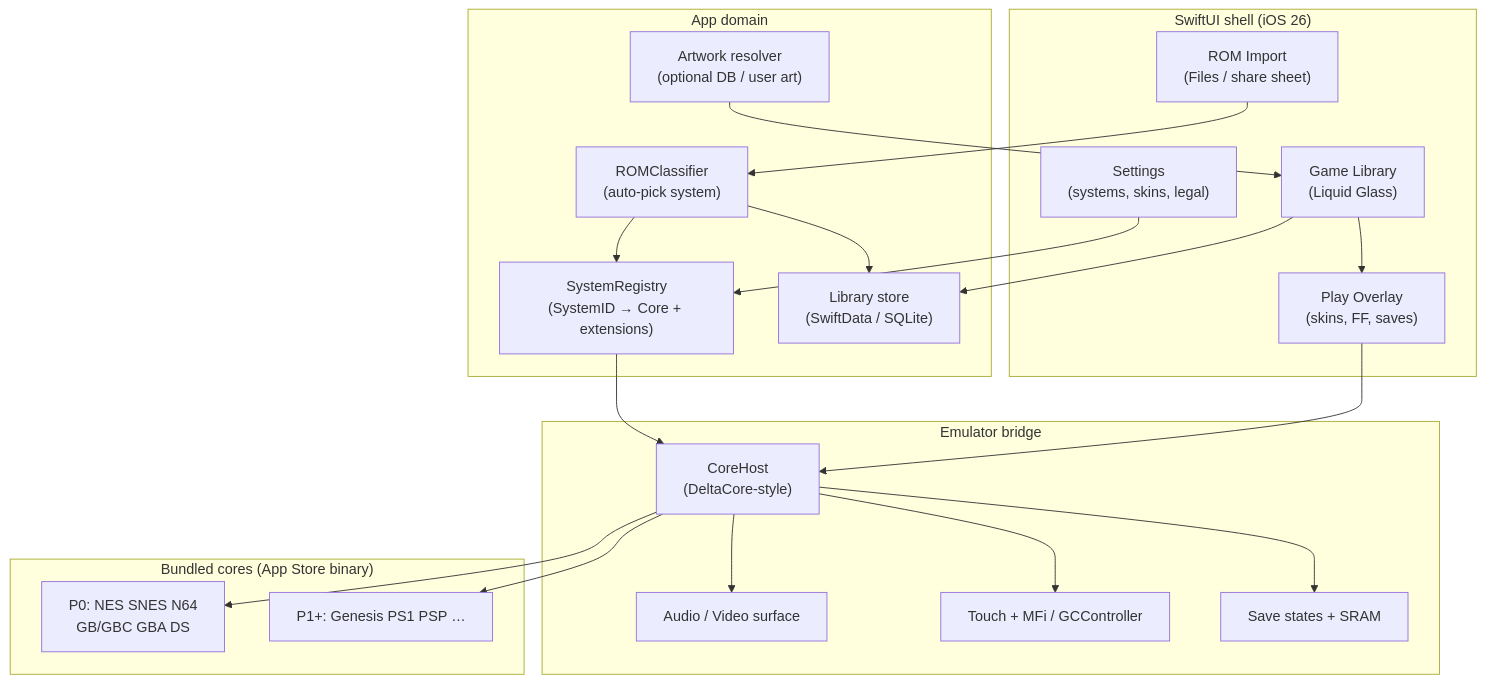
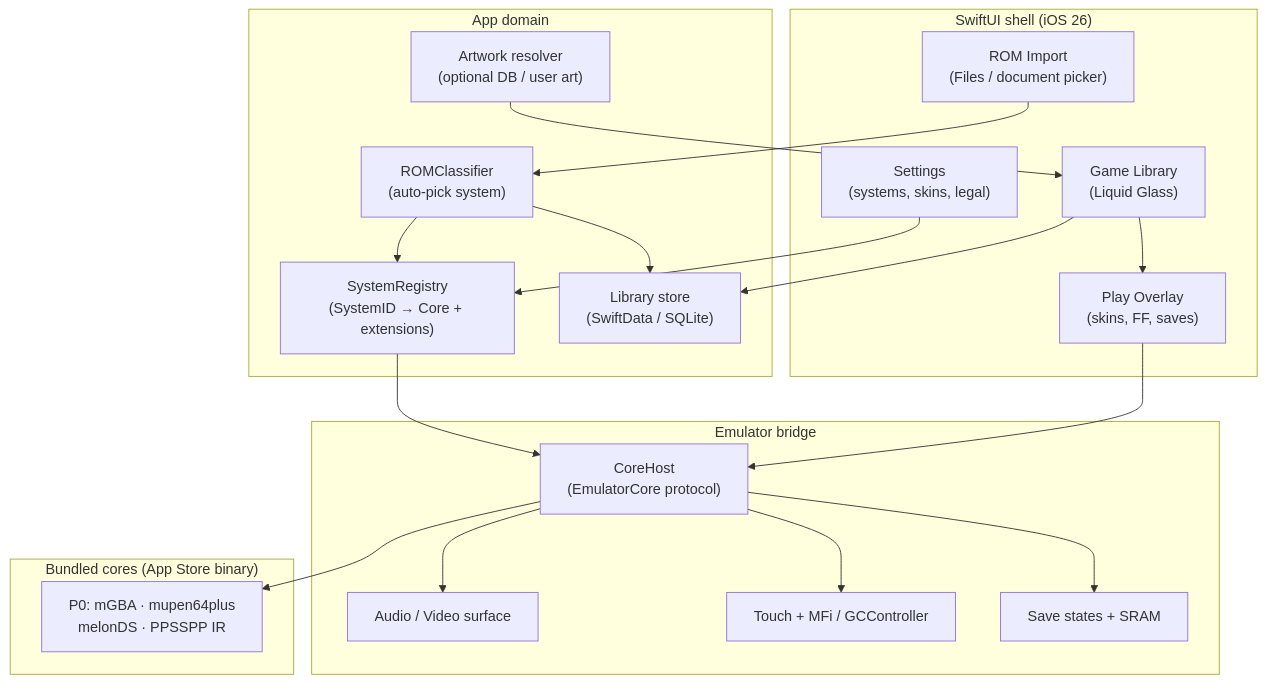
One commit to daniel-zn/retroplay changed the diagram in SPEC.md. Above: the diagram before and after it, drawn with Mermaid. The commit also changed other lines of this file and 9 other files, not shown here.

First line of the commit message:
Lock P0 to GBA/N64/NDS/PSP; add M0 Swift scaffold

````diff
--- a/SPEC.md
+++ b/SPEC.md
@@ -98,43 +94,41 @@
 ```mermaid
 flowchart TB
   subgraph UI["SwiftUI shell (iOS 26)"]
     Lib["Game Library\n(Liquid Glass)"]
-    Import["ROM Import\n(Files / share sheet)"]
+    Import["ROM Import\n(Files / document picker)"]
     PlayUI["Play Overlay\n(skins, FF, saves)"]
     Settings["Settings\n(systems, skins, legal)"]
   end
 
   subgraph Domain["App domain"]
     Registry["SystemRegistry\n(SystemID → Core + extensions)"]
     Classifier["ROMClassifier\n(auto-pick system)"]
     LibraryDB["Library store\n(SwiftData / SQLite)"]
-    Artwork["Artwork resolver\n(optional DB / user art)" ]
+    Artwork["Artwork resolver\n(optional DB / user art)"]
   end
 
   subgraph Bridge["Emulator bridge"]
-    CoreHost["CoreHost\n(DeltaCore-style)"]
+    CoreHost["CoreHost\n(EmulatorCore protocol)"]
     AV["Audio / Video surface"]
     Input["Touch + MFi / GCController"]
     Saves["Save states + SRAM"]
   end
 
   subgraph Bundled["Bundled cores (App Store binary)"]
-    P0Cores["P0: NES SNES N64\nGB/GBC GBA DS"]
-    P1Cores["P1+: Genesis PS1 PSP …"]
+    P0Cores["P0: mGBA · mupen64plus\nmelonDS · PPSSPP IR"]
   end
 
   Import --> Classifier
   Classifier --> Registry
   Classifier --> LibraryDB
   Lib --> LibraryDB
   Lib --> PlayUI
   PlayUI --> CoreHost
   Registry --> CoreHost
   CoreHost --> P0Cores
-  CoreHost --> P1Cores
   CoreHost --> AV
   CoreHost --> Input
   CoreHost --> Saves
   Artwork --> Lib
   Settings --> Registry
 ```
````
